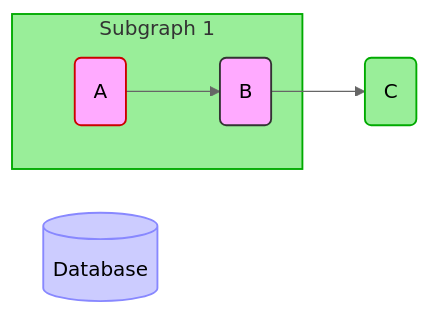
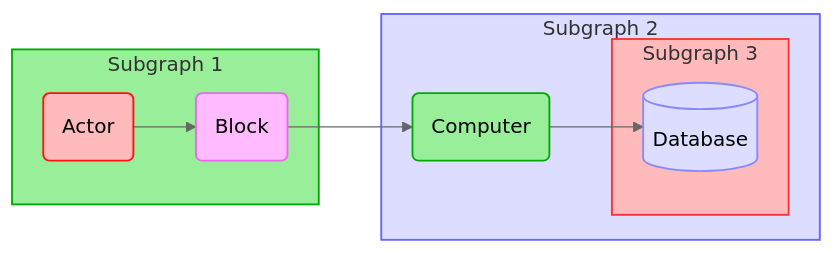
The diagram in README.md (walterrowe/ansible), drawn with Mermaid (neutral theme) before and after one commit. The commit also changed other lines of this file, not shown here.

Commit message:
more mermaid updates to README

````diff
--- a/README.md
+++ b/README.md
@@ -247,23 +249,34 @@
 ```mermaid
+
+%% graphs can be LR, RL, TB, BT
 graph LR
 
 %% node styles
-classDef pink-black  fill:#faf,stroke:#333,stroke-width:1.5px
-classDef pink-red    fill:#faf,stroke:#c00,stroke-width:1.5px
-classDef green       fill:#9e9,stroke:#0a0,stroke-width:1.5px
-classDef blue        fill:#ccf,stroke:#88f,stroke-width:1.5px
+classDef fuscia      fill:#fbf,stroke:#e6e,stroke-width:1.5px
+classDef green      fill:#9e9,stroke:#0a0,stroke-width:1.5px
+classDef blue       fill:#ddf,stroke:#88f,stroke-width:1.5px
+classDef red        fill:#fbb,stroke:#f11,stroke-width:1.5px
 
 %% subgraph styles
-style sub1           fill:#9e9,stroke:#0a0,stroke-width:1.5px
+style sub1          fill:#9e9,stroke:#0a0,stroke-width:1.5px
+style sub2          fill:#ddf,stroke:#66f,stroke-width:1.5px
+style sub3          fill:#fbb,stroke:#f33,stroke-width:1.5px
 
-a(A):::pink-red
-b(B):::pink-black
-c(C):::green
-id1[(Database)]:::blue
+%% define some nodes
+a(Actor):::red
+b(Block):::fuscia
+c(Computer):::green
 
-subgraph sub1[Subgraph 1]
-a --> b
-end
+  %% define some subgraphs
+  subgraph sub1[Subgraph 1]
+    a --> b
+  end
 
-b --> c
+  subgraph sub2[Subgraph 2]
+    b --> c
+    c --> d
+    subgraph sub3[Subgraph 3]
+      d[(Database)]:::blue
+    end
+  end
 ```
````
